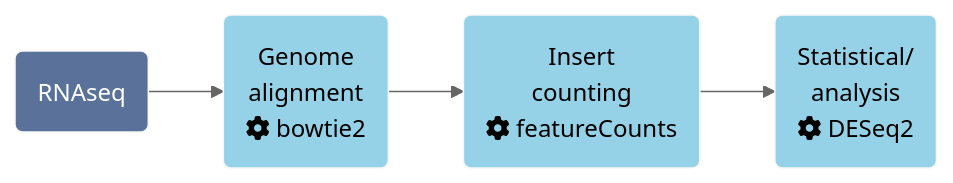
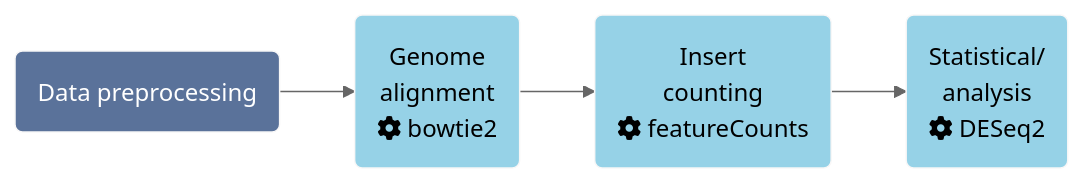
Before and after one commit to MicrobiologyETHZ/Methods_in_Microbiomics: the third of 3 diagrams in docs/transcriptomics/metatranscriptomics.rst, drawn with Mermaid (neutral theme). The commit also changed other lines of this file, not shown here.

```diff
--- a/docs/transcriptomics/metatranscriptomics.rst
+++ b/docs/transcriptomics/metatranscriptomics.rst
@@ -387,8 +400,9 @@
 .. mermaid:: 
+
   flowchart LR
-        id1(RNAseq) --> id2(Genome<br/>alignment<br/>fa:fa-cog bowtie2)
+        id1(Data preprocessing) --> id2(Genome<br/>alignment<br/>fa:fa-cog bowtie2)
         id2 --> id3(Insert<br/>counting<br/>fa:fa-cog featureCounts)
         id3 --> id4(Statistical/<br/>analysis<br/>fa:fa-cog DESeq2)
         classDef tool fill:#96D2E7,stroke:#F8F7F7,stroke-width:1px;
         style id1 fill:#5A729A,stroke:#F8F7F7,stroke-width:1px,color:#fff
         class id2,id3,id4 tool
```
